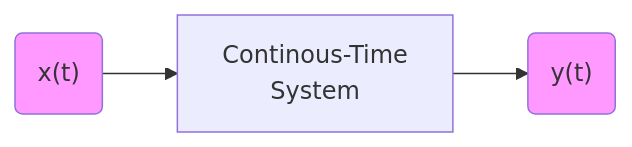
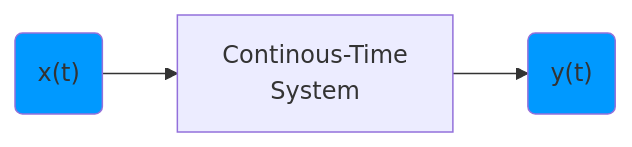
The first of 2 diagrams in signal-processing/kutz/README.md (setrar/dsp), drawn with Mermaid before and after one commit. The commit also changed other lines of this file, not shown here.

````diff
--- a/signal-processing/kutz/README.md
+++ b/signal-processing/kutz/README.md
@@ -50,7 +50,7 @@
 ```mermaid
 %%{init: {"flowchart": {"htmlLabels": false}} }%%
 flowchart LR
     a("x(t)"):::someclass -->b[Continous-Time \n   System]
     b-->d("y(t)"):::someclass
-    classDef someclass fill:#f9f
+    classDef someclass fill:#09f
 ```
````
